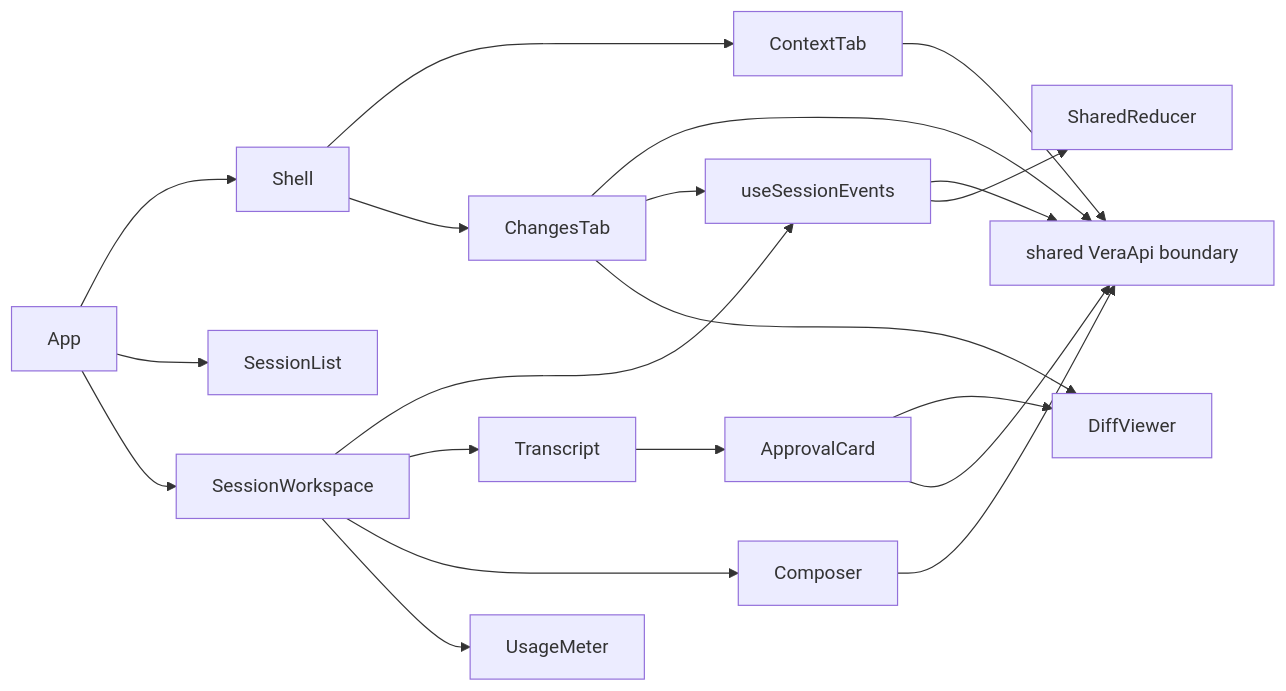
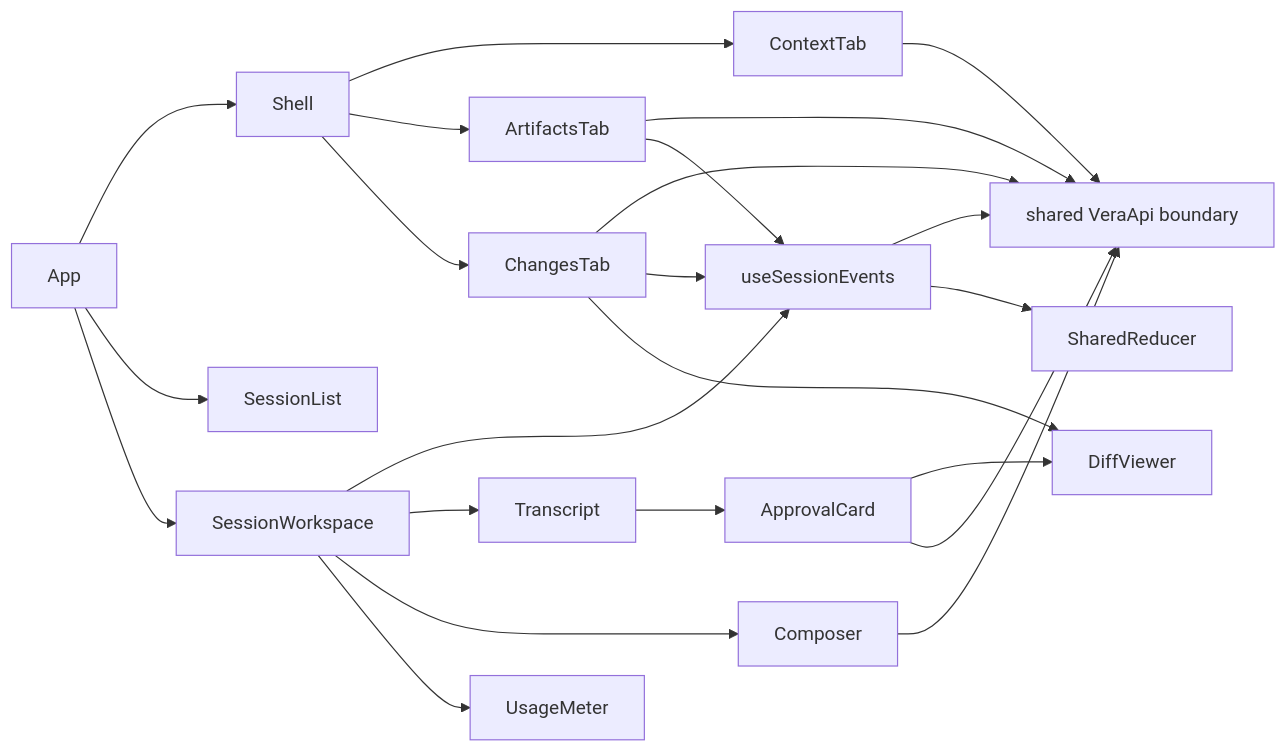
Before and after one commit to DDP-Engineering/2026_Virtual_Embedded_Rig_Assistant: the diagram in .agentic/knowledge/chat-ui.md, drawn with Mermaid. The commit also changed other lines of this file and 54 other files, not shown here.

First line of the commit message:
feat(core): implement WP-19 Session artifacts (#19, TASK-c8957b24)

````diff
--- a/.agentic/knowledge/chat-ui.md
+++ b/.agentic/knowledge/chat-ui.md
@@ -65,22 +65,25 @@
 ```mermaid
 flowchart LR
   App --> Shell
   App --> SessionList
   App --> SessionWorkspace
   SessionWorkspace --> useSessionEvents
   SessionWorkspace --> Transcript
   SessionWorkspace --> Composer
   SessionWorkspace --> UsageMeter
   Shell --> ContextTab
+  Shell --> ArtifactsTab
+  ArtifactsTab --> API
+  ArtifactsTab --> useSessionEvents
   Shell --> ChangesTab
   ChangesTab --> API
   ChangesTab --> useSessionEvents
   ChangesTab --> DiffViewer
   ApprovalCard --> DiffViewer
   useSessionEvents --> API[shared VeraApi boundary]
   useSessionEvents --> SharedReducer
   Transcript --> ApprovalCard
   ApprovalCard --> API
   Composer --> API
   ContextTab --> API
 ```
````
